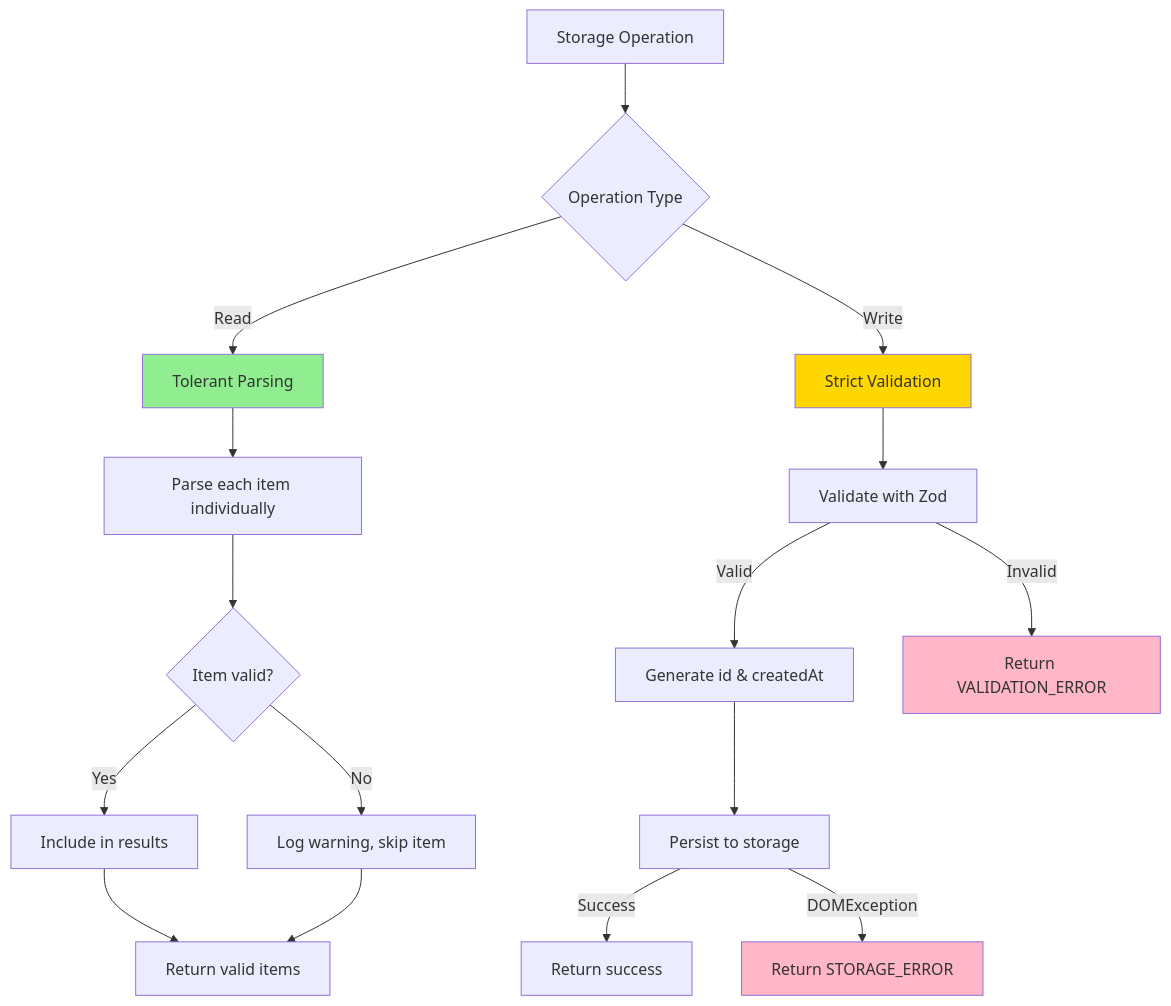
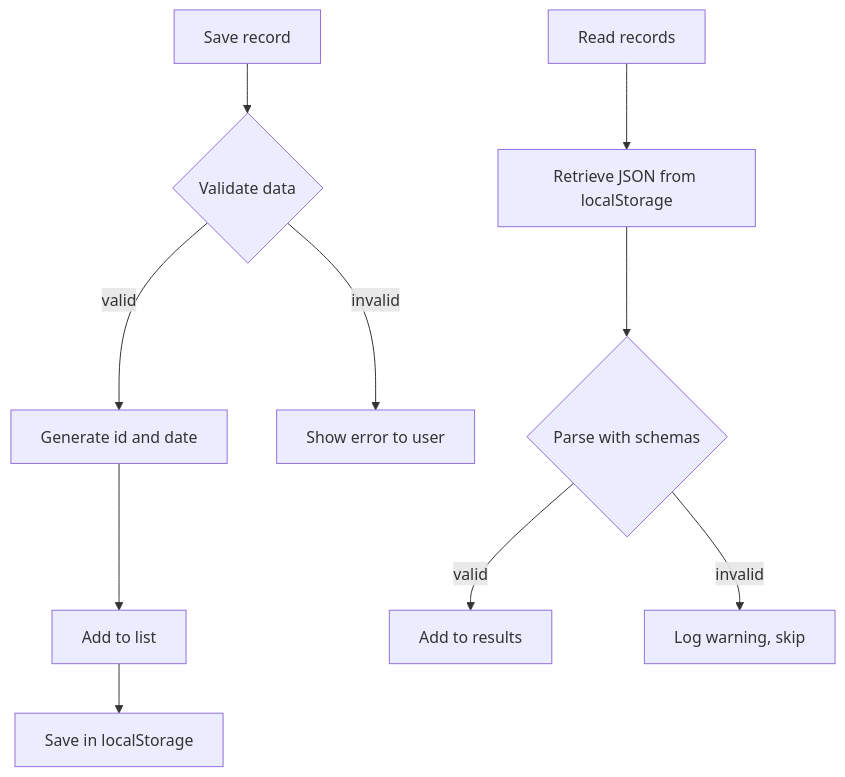
Before and after one commit to RadikeCosa/blog-astro: the diagram in src/content/posts/side-project-nutritional-tracker-4.en.md, drawn with Mermaid. The commit also changed other lines of this file and 10 other files, not shown here.

````diff
--- a/src/content/posts/side-project-nutritional-tracker-4.en.md
+++ b/src/content/posts/side-project-nutritional-tracker-4.en.md
@@ -111,25 +82,13 @@
 ```mermaid
 graph TD
-    A[Storage Operation] --> B{Operation Type}
-    B -->|Read| C[Tolerant Parsing]
-    B -->|Write| D[Strict Validation]
+    A[Save record] --> B{Validate data}
+    B -- valid --> C[Generate id and date]
+    C --> D[Add to list]
+    D --> E[Save in localStorage]
+    B -- invalid --> F[Show error to user]
 
-    C --> E[Parse each item individually]
-    E --> F{Item valid?}
-    F -->|Yes| G[Include in results]
-    F -->|No| H[Log warning, skip item]
-    G --> I[Return valid items]
-    H --> I
-
-    D --> J[Validate with Zod]
-    J -->|Valid| K[Generate id & createdAt]
-    J -->|Invalid| L[Return VALIDATION_ERROR]
-    K --> M[Persist to storage]
-    M -->|Success| N[Return success]
-    M -->|DOMException| O[Return STORAGE_ERROR]
-
-    style C fill:#90EE90
-    style D fill:#FFD700
-    style L fill:#FFB6C6
-    style O fill:#FFB6C6
+    G[Read records] --> H[Retrieve JSON from localStorage]
+    H --> I{Parse with schemas}
+    I -- valid --> J[Add to results]
+    I -- invalid --> K[Log warning, skip]
 ```
````
